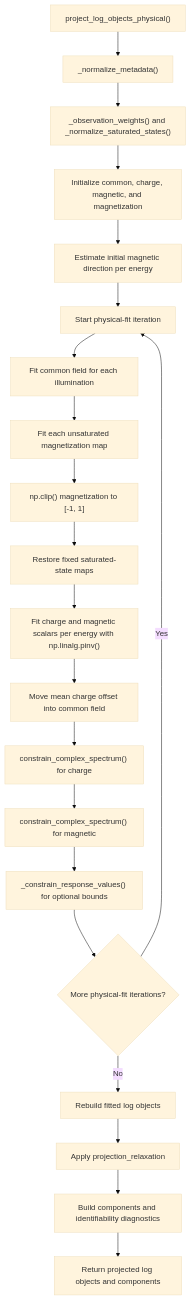
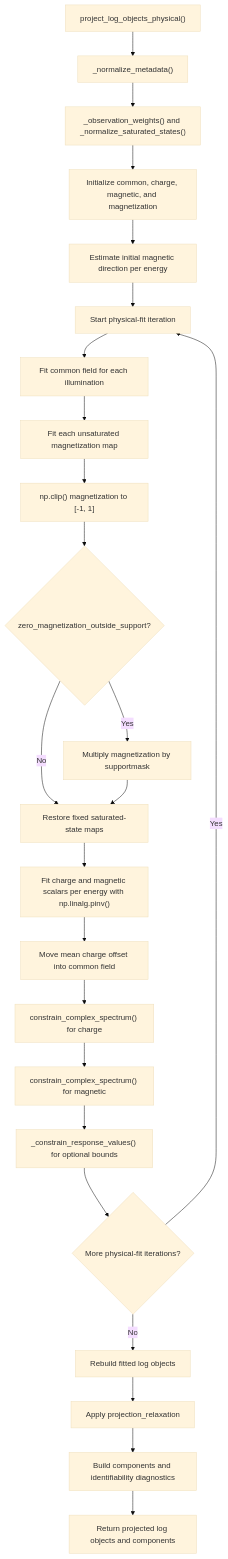
The sixth of 12 diagrams in docs/phase_retrieval_universal.md (riccbatt/FTH-Phase-Retrieval-2609-SOLEIL-SEXTANTS), drawn with Mermaid (base theme) before and after one commit. The commit also changed other lines of this file and 15 other files, not shown here.

````diff
--- a/docs/phase_retrieval_universal.md
+++ b/docs/phase_retrieval_universal.md
@@ -537,23 +650,26 @@
 ```mermaid
 flowchart TD
     A["project_log_objects_physical()"] --> B["_normalize_metadata()"]
     B --> C["_observation_weights() and _normalize_saturated_states()"]
     C --> D["Initialize common, charge, magnetic, and magnetization"]
     D --> E["Estimate initial magnetic direction per energy"]
     E --> F["Start physical-fit iteration"]
     F --> G["Fit common field for each illumination"]
     G --> H["Fit each unsaturated magnetization map"]
     H --> I["np.clip() magnetization to [-1, 1]"]
-    I --> J["Restore fixed saturated-state maps"]
-    J --> K["Fit charge and magnetic scalars per energy with np.linalg.pinv()"]
-    K --> L["Move mean charge offset into common field"]
-    L --> M["constrain_complex_spectrum() for charge"]
-    M --> N["constrain_complex_spectrum() for magnetic"]
-    N --> O["_constrain_response_values() for optional bounds"]
-    O --> P{"More physical-fit iterations?"}
-    P -- Yes --> F
-    P -- No --> Q["Rebuild fitted log objects"]
-    Q --> R["Apply projection_relaxation"]
-    R --> S["Build components and identifiability diagnostics"]
-    S --> T["Return projected log objects and components"]
+    I --> J{"zero_magnetization_outside_support?"}
+    J -- Yes --> K["Multiply magnetization by supportmask"]
+    J -- No --> L["Restore fixed saturated-state maps"]
+    K --> L
+    L --> M["Fit charge and magnetic scalars per energy with np.linalg.pinv()"]
+    M --> N["Move mean charge offset into common field"]
+    N --> O["constrain_complex_spectrum() for charge"]
+    O --> P["constrain_complex_spectrum() for magnetic"]
+    P --> Q["_constrain_response_values() for optional bounds"]
+    Q --> R{"More physical-fit iterations?"}
+    R -- Yes --> F
+    R -- No --> S["Rebuild fitted log objects"]
+    S --> T["Apply projection_relaxation"]
+    T --> U["Build components and identifiability diagnostics"]
+    U --> V["Return projected log objects and components"]
 ```
````
